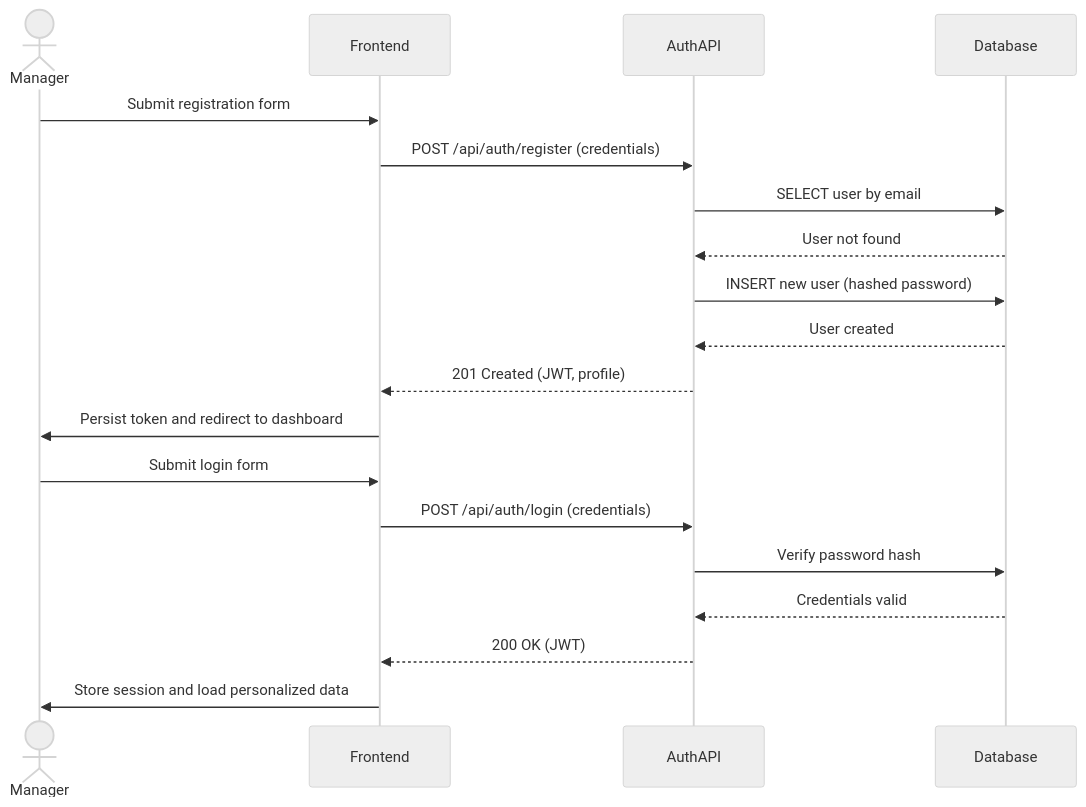
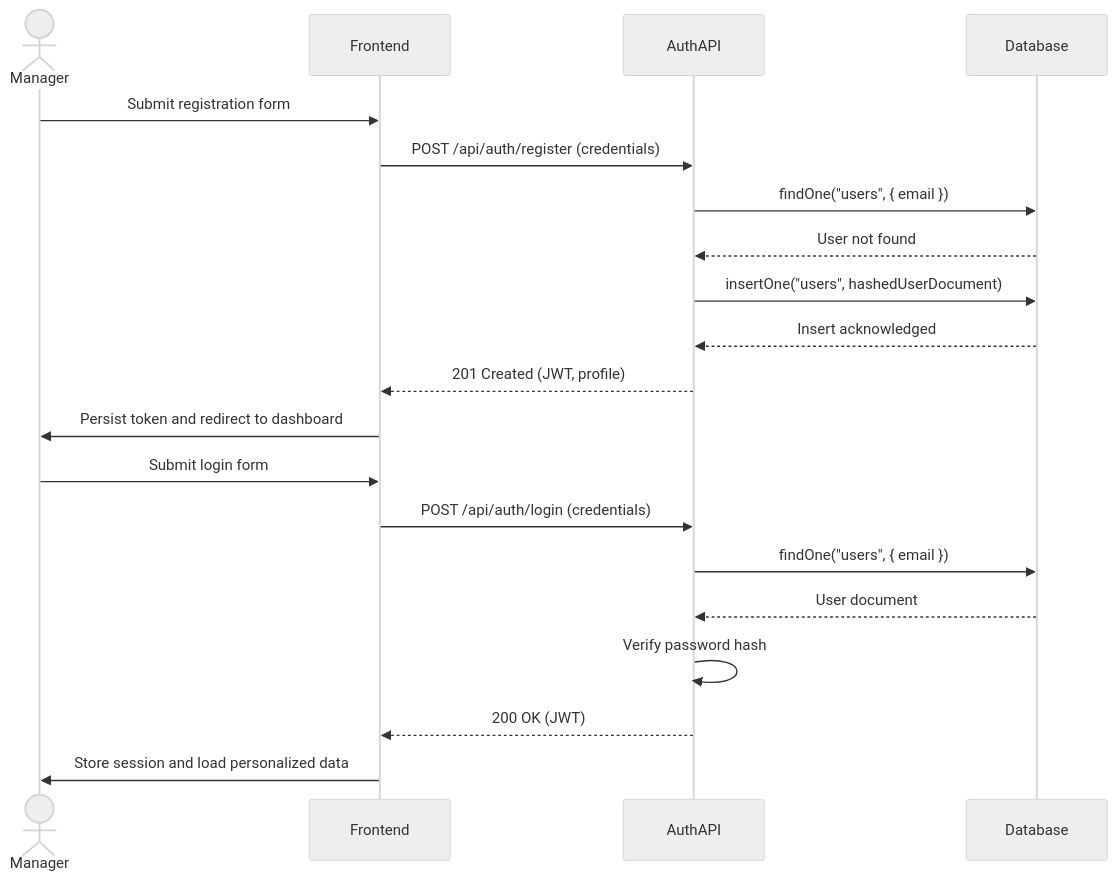
Before and after one commit to TheFelixGomez/cen5035-optiflow-frontend: the fourth of 7 diagrams in docs/sequence-diagrams.md, drawn with Mermaid (neutral theme). The commit also changed other lines of this file, not shown here.

Commit message:
docs: align sequence diagrams with MongoDB operations

````diff
--- a/docs/sequence-diagrams.md
+++ b/docs/sequence-diagrams.md
@@ -74,22 +74,23 @@
 ```mermaid
 sequenceDiagram
     actor Manager
     participant Frontend
     participant AuthAPI
     participant Database
 
     Manager->>Frontend: Submit registration form
     Frontend->>AuthAPI: POST /api/auth/register (credentials)
-    AuthAPI->>Database: SELECT user by email
+    AuthAPI->>Database: findOne("users", { email })
     Database-->>AuthAPI: User not found
-    AuthAPI->>Database: INSERT new user (hashed password)
-    Database-->>AuthAPI: User created
+    AuthAPI->>Database: insertOne("users", hashedUserDocument)
+    Database-->>AuthAPI: Insert acknowledged
     AuthAPI-->>Frontend: 201 Created (JWT, profile)
     Frontend->>Manager: Persist token and redirect to dashboard
     Manager->>Frontend: Submit login form
     Frontend->>AuthAPI: POST /api/auth/login (credentials)
-    AuthAPI->>Database: Verify password hash
-    Database-->>AuthAPI: Credentials valid
+    AuthAPI->>Database: findOne("users", { email })
+    Database-->>AuthAPI: User document
+    AuthAPI->>AuthAPI: Verify password hash
     AuthAPI-->>Frontend: 200 OK (JWT)
     Frontend->>Manager: Store session and load personalized data
 ```
````
